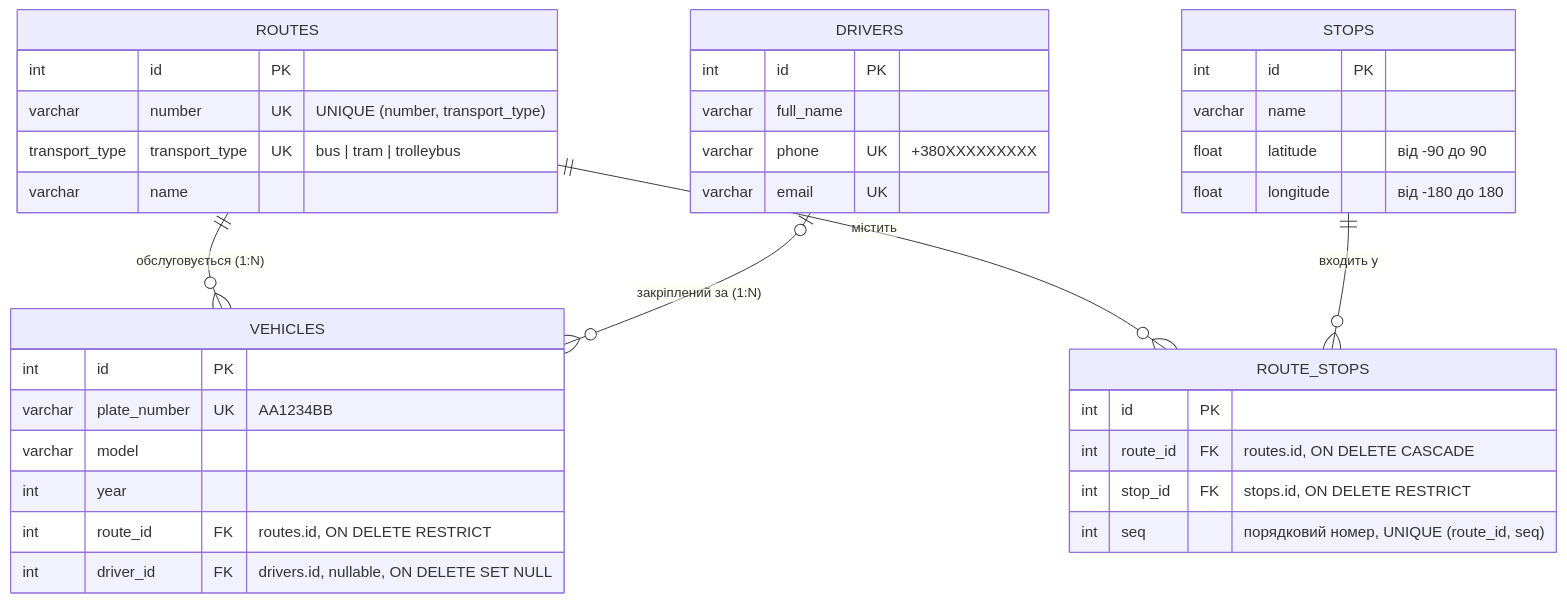
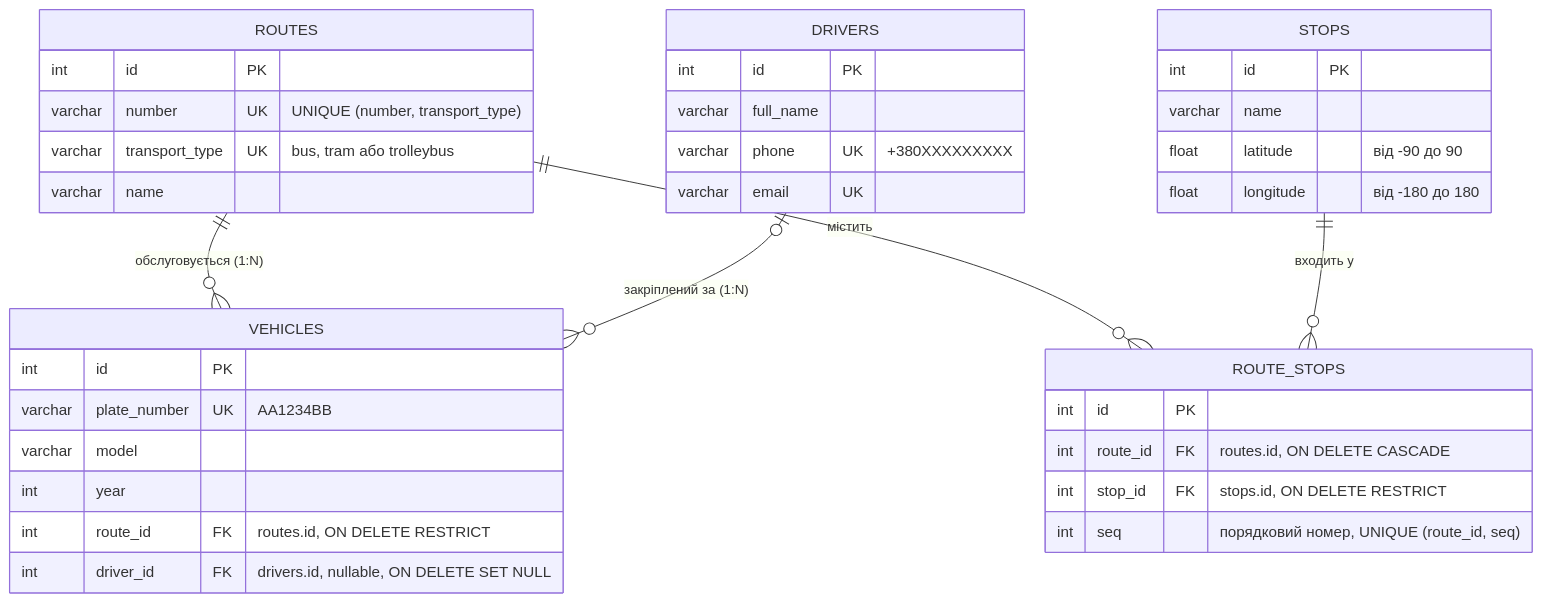
Before and after one commit to mpolisuk562-png/city-transport: the diagram in docs/erd.md, drawn with Mermaid. The commit also changed other lines of this file and 25 other files, not shown here.

````diff
--- a/docs/erd.md
+++ b/docs/erd.md
@@ -3,44 +3,44 @@
 ```mermaid
 erDiagram
     ROUTES ||--o{ VEHICLES : "обслуговується (1:N)"
     DRIVERS |o--o{ VEHICLES : "закріплений за (1:N)"
     ROUTES ||--o{ ROUTE_STOPS : "містить"
     STOPS ||--o{ ROUTE_STOPS : "входить у"
 
     ROUTES {
         int id PK
         varchar number UK "UNIQUE (number, transport_type)"
-        transport_type transport_type UK "bus | tram | trolleybus"
+        varchar transport_type UK "bus, tram або trolleybus"
         varchar name
     }
 
     STOPS {
         int id PK
         varchar name
         float latitude "від -90 до 90"
         float longitude "від -180 до 180"
     }
 
     ROUTE_STOPS {
         int id PK
         int route_id FK "routes.id, ON DELETE CASCADE"
         int stop_id FK "stops.id, ON DELETE RESTRICT"
         int seq "порядковий номер, UNIQUE (route_id, seq)"
     }
 
     DRIVERS {
         int id PK
         varchar full_name
         varchar phone UK "+380XXXXXXXXX"
         varchar email UK
     }
 
     VEHICLES {
         int id PK
         varchar plate_number UK "АА1234ВВ"
         varchar model
         int year
         int route_id FK "routes.id, ON DELETE RESTRICT"
         int driver_id FK "drivers.id, nullable, ON DELETE SET NULL"
     }
 ```
````
